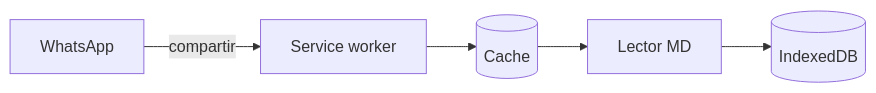
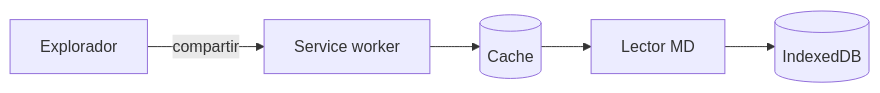
One commit to JHProyectos/mdreader-pwa changed the first of 2 diagrams in ejemplo.md. Above: the diagram before and after it, drawn with Mermaid. The commit also changed other lines of this file and 5 other files, not shown here.

````diff
--- a/ejemplo.md
+++ b/ejemplo.md
@@ -314,7 +321,7 @@
 ```mermaid
 flowchart LR
-  W[WhatsApp] -->|compartir| SW[Service worker]
+  W[Explorador] -->|compartir| SW[Service worker]
   SW --> C[(Cache)]
   C --> APP[Lector MD]
   APP --> IDB[(IndexedDB)]
 ```
````
